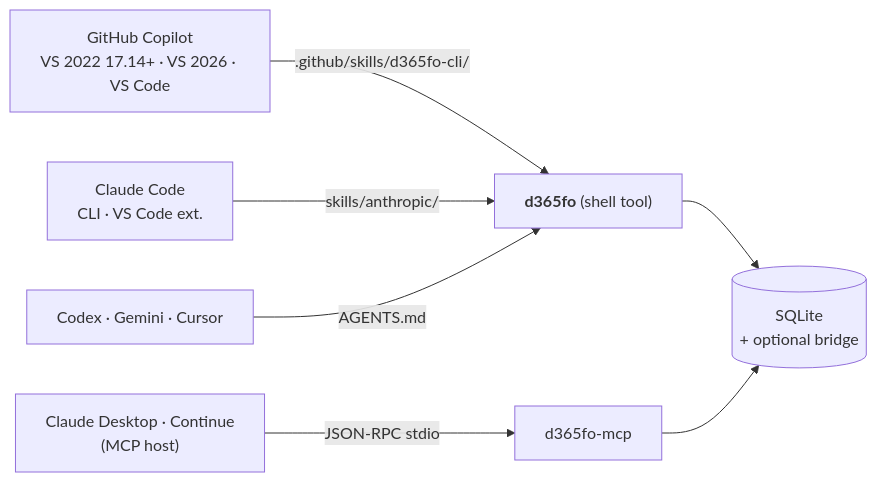
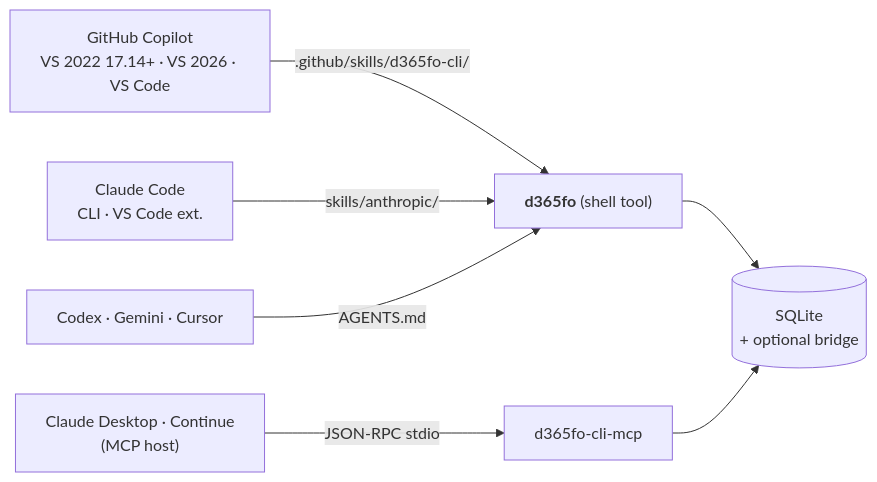
Before and after one commit to dynamics365ninja/d365fo-cli: the second of 2 diagrams in docs/SETUP.md, drawn with Mermaid. The commit also changed other lines of this file and 31 other files, not shown here.

First line of the commit message:
feat(mcp)!: rename the MCP adapter to d365fo-cli-mcp

````diff
--- a/docs/SETUP.md
+++ b/docs/SETUP.md
@@ -179,9 +179,9 @@
 ```mermaid
 flowchart LR
     Cop["GitHub Copilot<br/>VS 2022 17.14+ · VS 2026 · VS Code"] -->|.github/skills/d365fo-cli/| Bin
     Cla["Claude Code<br/>CLI · VS Code ext."]     -->|skills/anthropic/| Bin
     Other["Codex · Gemini · Cursor"]              -->|AGENTS.md| Bin
-    Mcp["Claude Desktop · Continue<br/>(MCP host)"] -->|JSON-RPC stdio| Mbin["d365fo-mcp"]
+    Mcp["Claude Desktop · Continue<br/>(MCP host)"] -->|JSON-RPC stdio| Mbin["d365fo-cli-mcp"]
     Bin["<b>d365fo</b> (shell tool)"] --> Idx[("SQLite<br/>+ optional bridge")]
     Mbin --> Idx
 ```
````
